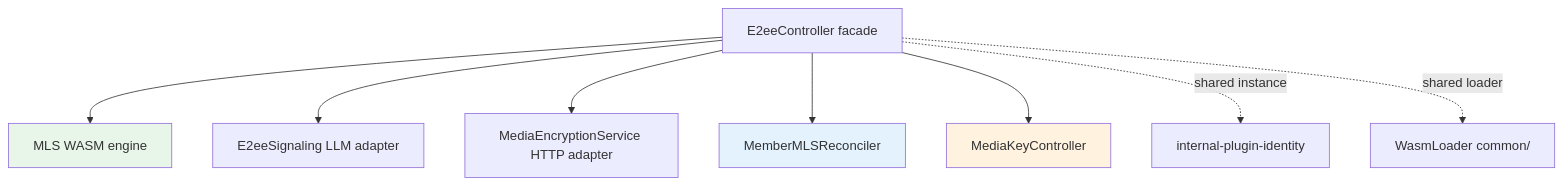
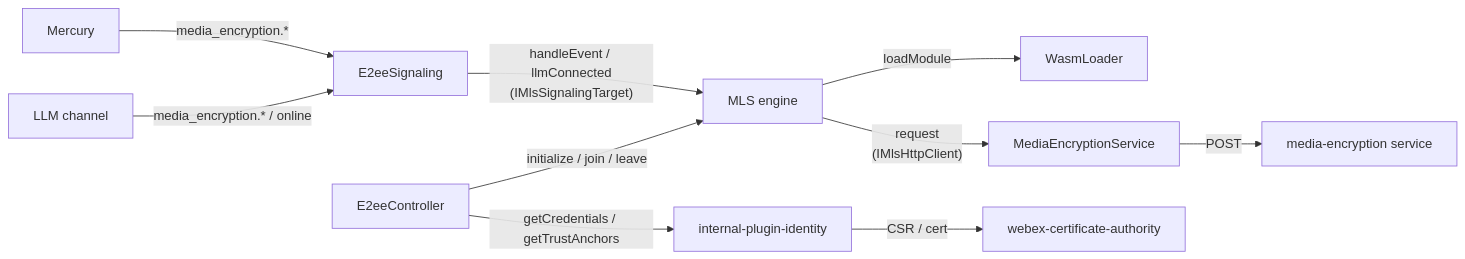
Before and after one commit to webex/webex-js-sdk: the second of 3 diagrams in packages/@webex/plugin-meetings/src/e2ee/DESIGN.md, drawn with Mermaid. The commit also changed other lines of this file, not shown here.

````diff
--- a/packages/@webex/plugin-meetings/src/e2ee/DESIGN.md
+++ b/packages/@webex/plugin-meetings/src/e2ee/DESIGN.md
@@ -129,14 +85,12 @@
 ```mermaid
-graph TD
-    E2eeController[E2eeController facade] --> MLS[MLS WASM engine]
-    E2eeController --> Sig[E2eeSignaling LLM adapter]
-    E2eeController --> Svc[MediaEncryptionService HTTP adapter]
-    E2eeController --> Recon[MemberMLSReconciler]
-    E2eeController --> MediaCtl[MediaKeyController]
-    E2eeController -.->|shared instance| Ident[internal-plugin-identity]
-    E2eeController -.->|shared loader| WasmLoader[WasmLoader common/]
-
-    style MLS fill:#e8f5e9
-    style Recon fill:#e3f2fd
-    style MediaCtl fill:#fff3e0
+graph LR
+    Mercury -->|media_encryption.*| Sig[E2eeSignaling]
+    LLM[LLM channel] -->|media_encryption.* / online| Sig
+    Sig -->|"handleEvent / llmConnected<br/>(IMlsSignalingTarget)"| MLS[MLS engine]
+    Ctl[E2eeController] -->|initialize / join / leave| MLS
+    Ctl -->|getCredentials / getTrustAnchors| Ident[internal-plugin-identity]
+    Ident -->|CSR / cert| CA[webex-certificate-authority]
+    MLS -->|loadModule| WasmLoader
+    MLS -->|"request<br/>(IMlsHttpClient)"| Svc[MediaEncryptionService]
+    Svc -->|POST| MES[media-encryption service]
 ```
````
